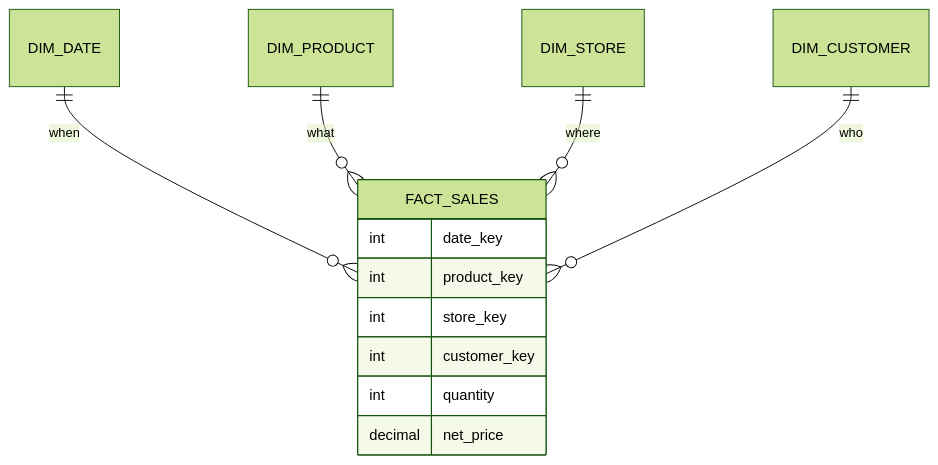
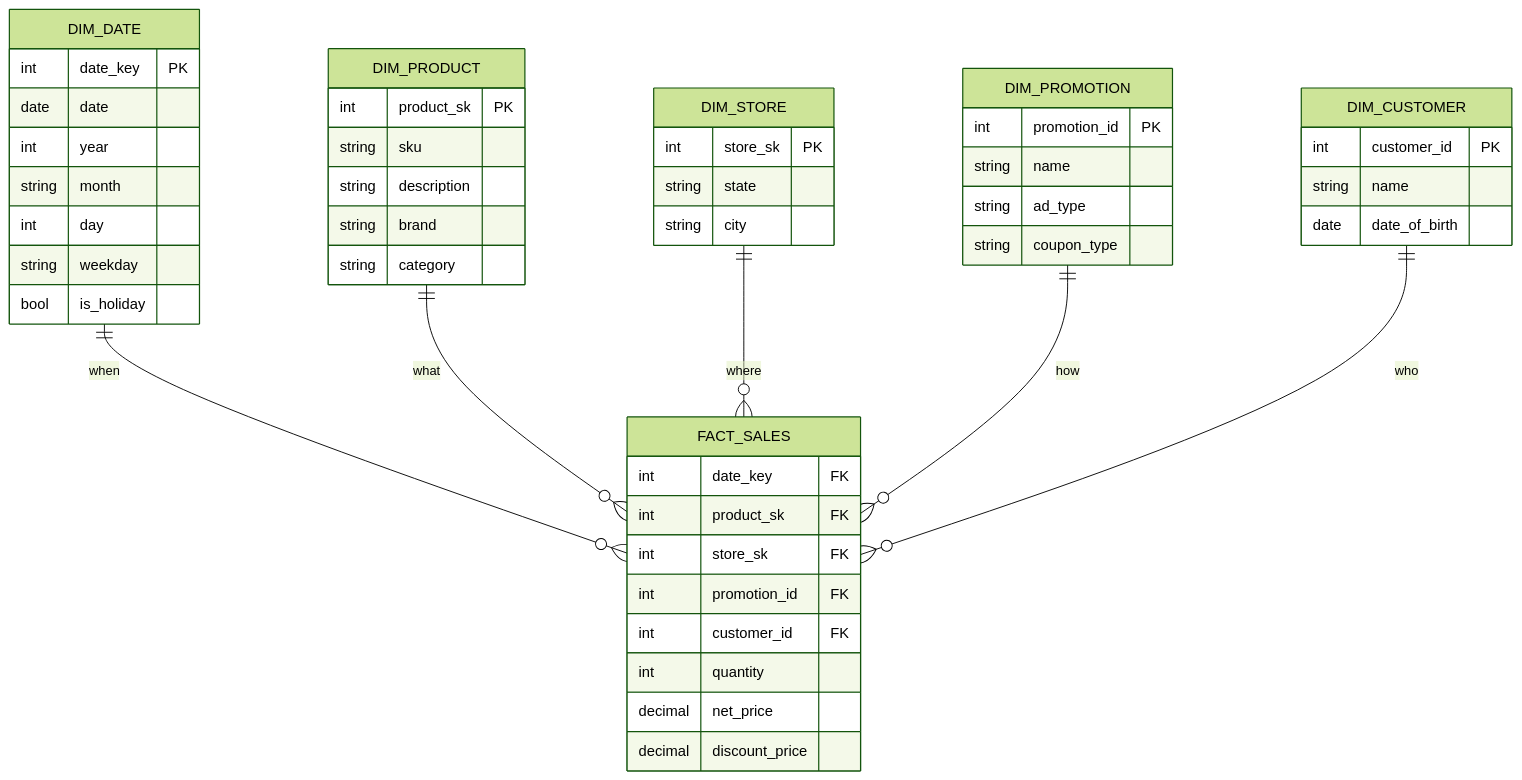
Diagram 15 of 20 in docs/chapters/part-1/03-storage-retrieval.mdx (pratikguru998/ddia-book), drawn with Mermaid (forest theme) before and after one commit. The commit also changed other lines of this file and 13 other files, not shown here.

Commit message:
Expand all 12 chapters: every book subsection, deeper notes, ~320 diagrams

````diff
--- a/docs/chapters/part-1/03-storage-retrieval.mdx
+++ b/docs/chapters/part-1/03-storage-retrieval.mdx
@@ -197,15 +556,50 @@
 ```mermaid
 erDiagram
   FACT_SALES {
-    int date_key
-    int product_key
-    int store_key
-    int customer_key
+    int date_key FK
+    int product_sk FK
+    int store_sk FK
+    int promotion_id FK
+    int customer_id FK
     int quantity
     decimal net_price
+    decimal discount_price
   }
-  DIM_DATE ||--o{ FACT_SALES : when
-  DIM_PRODUCT ||--o{ FACT_SALES : what
-  DIM_STORE ||--o{ FACT_SALES : where
-  DIM_CUSTOMER ||--o{ FACT_SALES : who
+  DIM_DATE {
+    int date_key PK
+    date date
+    int year
+    string month
+    int day
+    string weekday
+    bool is_holiday
+  }
+  DIM_PRODUCT {
+    int product_sk PK
+    string sku
+    string description
+    string brand
+    string category
+  }
+  DIM_STORE {
+    int store_sk PK
+    string state
+    string city
+  }
+  DIM_PROMOTION {
+    int promotion_id PK
+    string name
+    string ad_type
+    string coupon_type
+  }
+  DIM_CUSTOMER {
+    int customer_id PK
+    string name
+    date date_of_birth
+  }
+  DIM_DATE ||--o{ FACT_SALES : "when"
+  DIM_PRODUCT ||--o{ FACT_SALES : "what"
+  DIM_STORE ||--o{ FACT_SALES : "where"
+  DIM_PROMOTION ||--o{ FACT_SALES : "how"
+  DIM_CUSTOMER ||--o{ FACT_SALES : "who"
 ```
````
